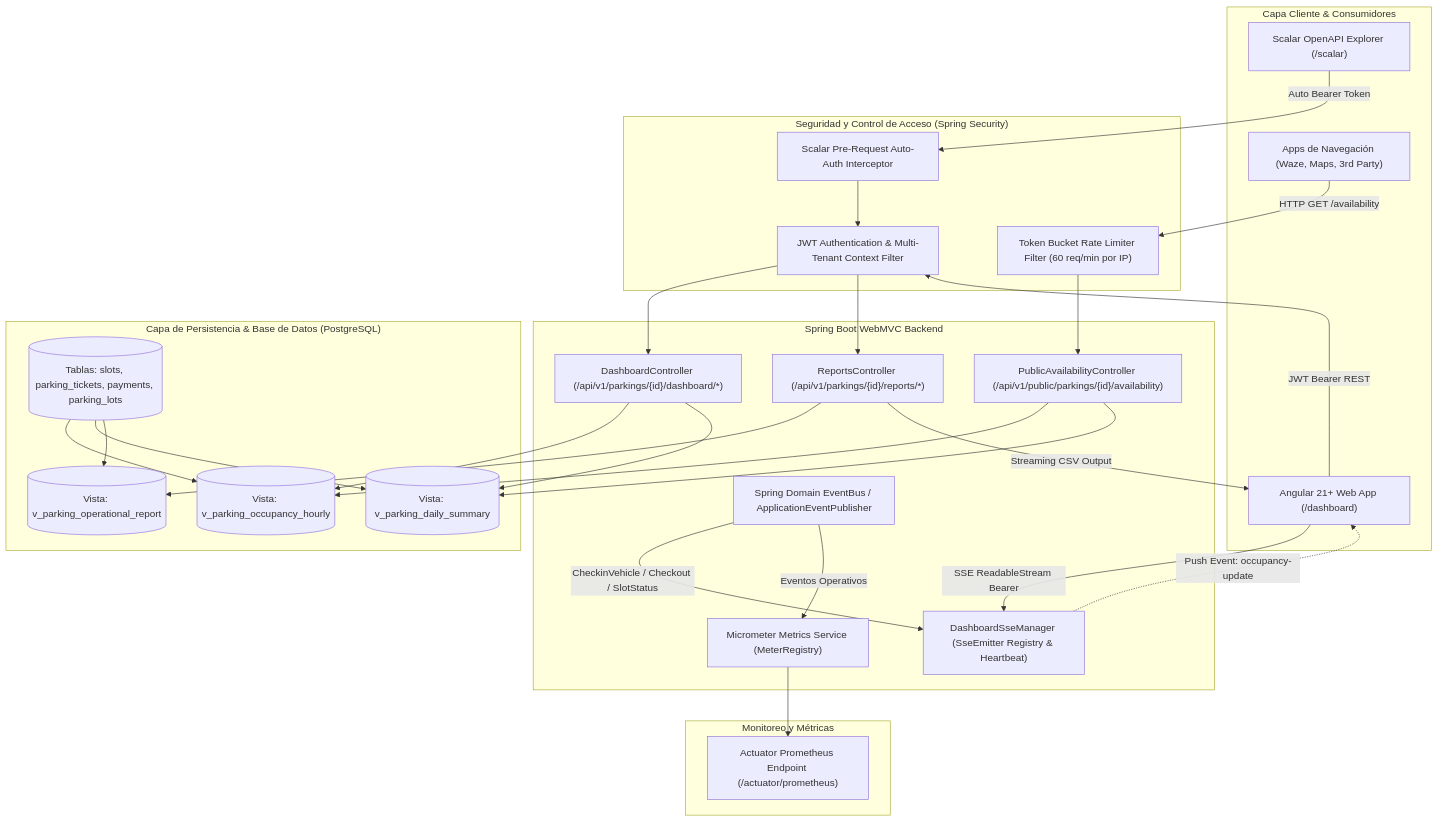
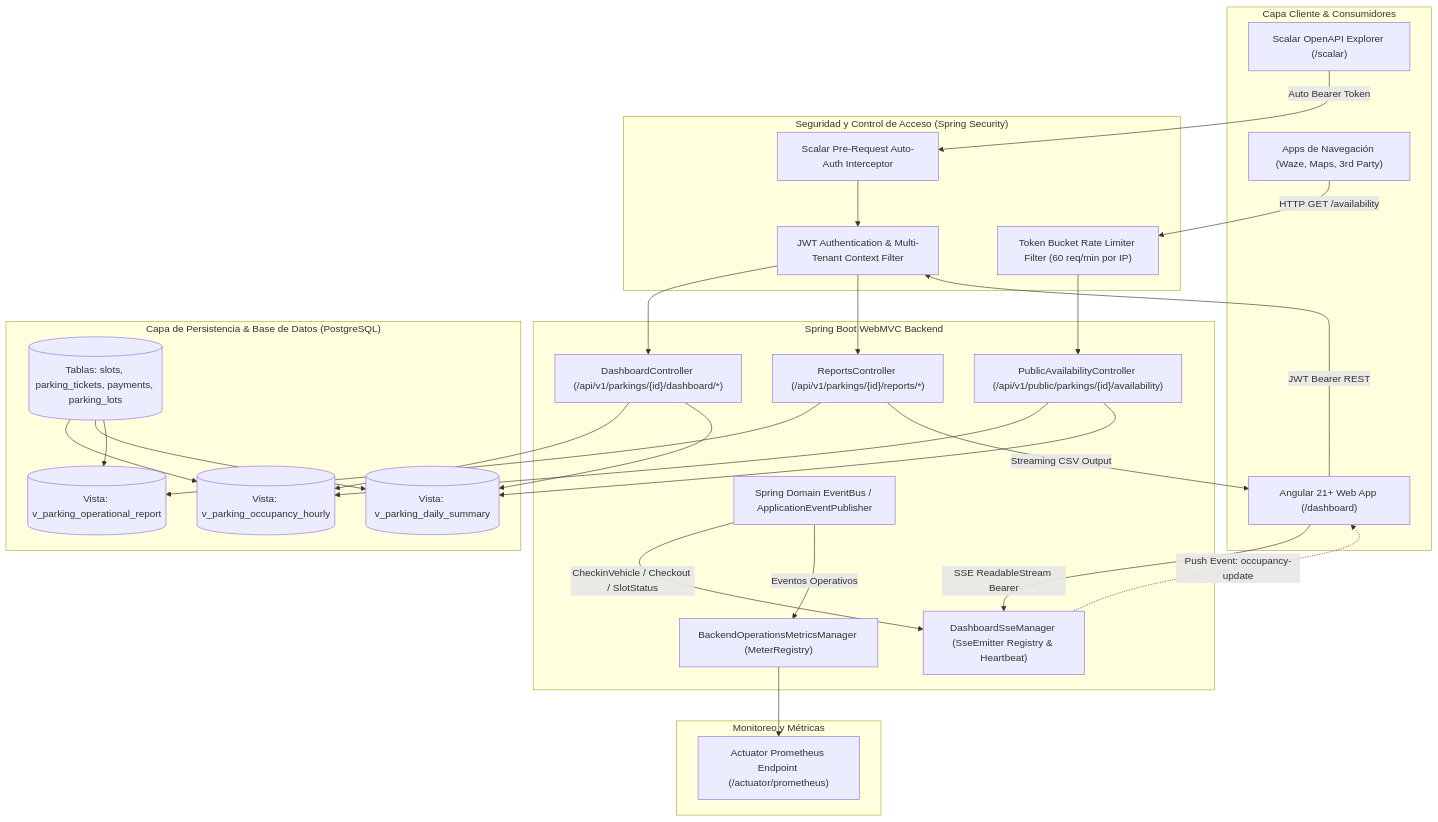
One commit to JuniorCorzo/Nivo changed the diagram in openspec/changes/2026-09-24-feat-nivo-dashboard/design.md. Above: the diagram before and after it, drawn with Mermaid. The commit also changed other lines of this file and 3 other files, not shown here.

Commit message:
docs(openspec): refine Prometheus metrics to backend operations and avoid high-cardinality tags

````diff
--- a/openspec/changes/2026-09-24-feat-nivo-dashboard/design.md
+++ b/openspec/changes/2026-09-24-feat-nivo-dashboard/design.md
@@ -7,60 +7,60 @@
 ```mermaid
 flowchart TD
     subgraph ClientLayer["Capa Cliente & Consumidores"]
         NavApps["Apps de Navegación (Waze, Maps, 3rd Party)"]
         ScalarDoc["Scalar OpenAPI Explorer (/scalar)"]
         AngularApp["Angular 21+ Web App (/dashboard)"]
     end
 
     subgraph ApiGatewaySec["Seguridad y Control de Acceso (Spring Security)"]
         RateLimiter["Token Bucket Rate Limiter Filter (60 req/min por IP)"]
         JwtFilter["JWT Authentication & Multi-Tenant Context Filter"]
         ScalarAuth["Scalar Pre-Request Auto-Auth Interceptor"]
     end
 
     subgraph SpringBackend["Spring Boot WebMVC Backend"]
         PublicCtrl["PublicAvailabilityController (/api/v1/public/parkings/{id}/availability)"]
         DashCtrl["DashboardController (/api/v1/parkings/{id}/dashboard/*)"]
         ReportCtrl["ReportsController (/api/v1/parkings/{id}/reports/*)"]
         SseManager["DashboardSseManager (SseEmitter Registry & Heartbeat)"]
-        MetricsService["Micrometer Metrics Service (MeterRegistry)"]
+        MetricsService["BackendOperationsMetricsManager (MeterRegistry)"]
         EventBus["Spring Domain EventBus / ApplicationEventPublisher"]
     end
 
     subgraph PersistenceLayer["Capa de Persistencia & Base de Datos (PostgreSQL)"]
         BaseTables[("Tablas: slots, parking_tickets, payments, parking_lots")]
         ViewHourly[("Vista: v_parking_occupancy_hourly")]
         ViewDaily[("Vista: v_parking_daily_summary")]
         ViewReport[("Vista: v_parking_operational_report")]
     end
 
     subgraph Observability["Monitoreo y Métricas"]
         PrometheusActuator["Actuator Prometheus Endpoint (/actuator/prometheus)"]
     end
 
     NavApps -->|HTTP GET /availability| RateLimiter
     RateLimiter --> PublicCtrl
     ScalarDoc -->|Auto Bearer Token| ScalarAuth
     ScalarAuth --> JwtFilter
     AngularApp -->|JWT Bearer REST| JwtFilter
     AngularApp -->|SSE ReadableStream Bearer| SseManager
 
     JwtFilter --> DashCtrl
     JwtFilter --> ReportCtrl
 
     PublicCtrl --> ViewHourly
     PublicCtrl --> ViewDaily
     DashCtrl --> ViewHourly
     DashCtrl --> ViewDaily
     ReportCtrl --> ViewReport
     ReportCtrl -->|Streaming CSV Output| AngularApp
 
     BaseTables --> ViewHourly
     BaseTables --> ViewDaily
     BaseTables --> ViewReport
 
     EventBus -->|CheckinVehicle / Checkout / SlotStatus| SseManager
     EventBus -->|Eventos Operativos| MetricsService
     MetricsService --> PrometheusActuator
     SseManager -.->|Push Event: occupancy-update| AngularApp
 ```
````
